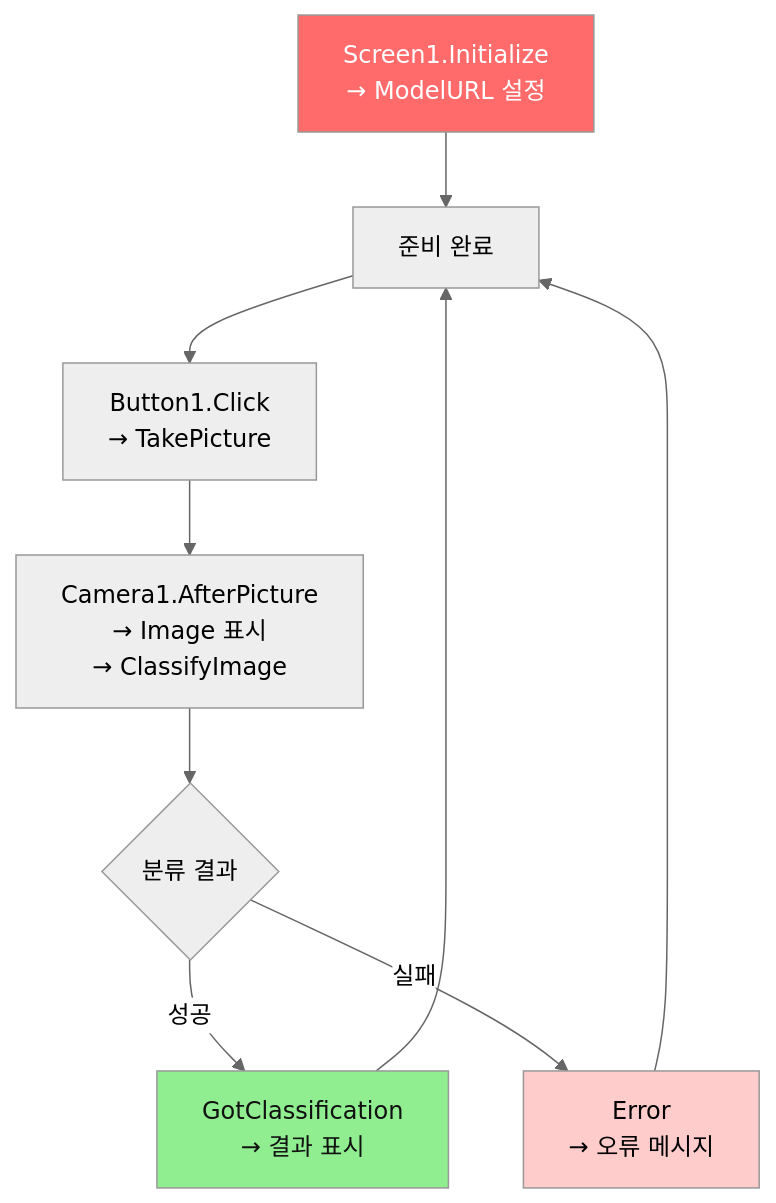
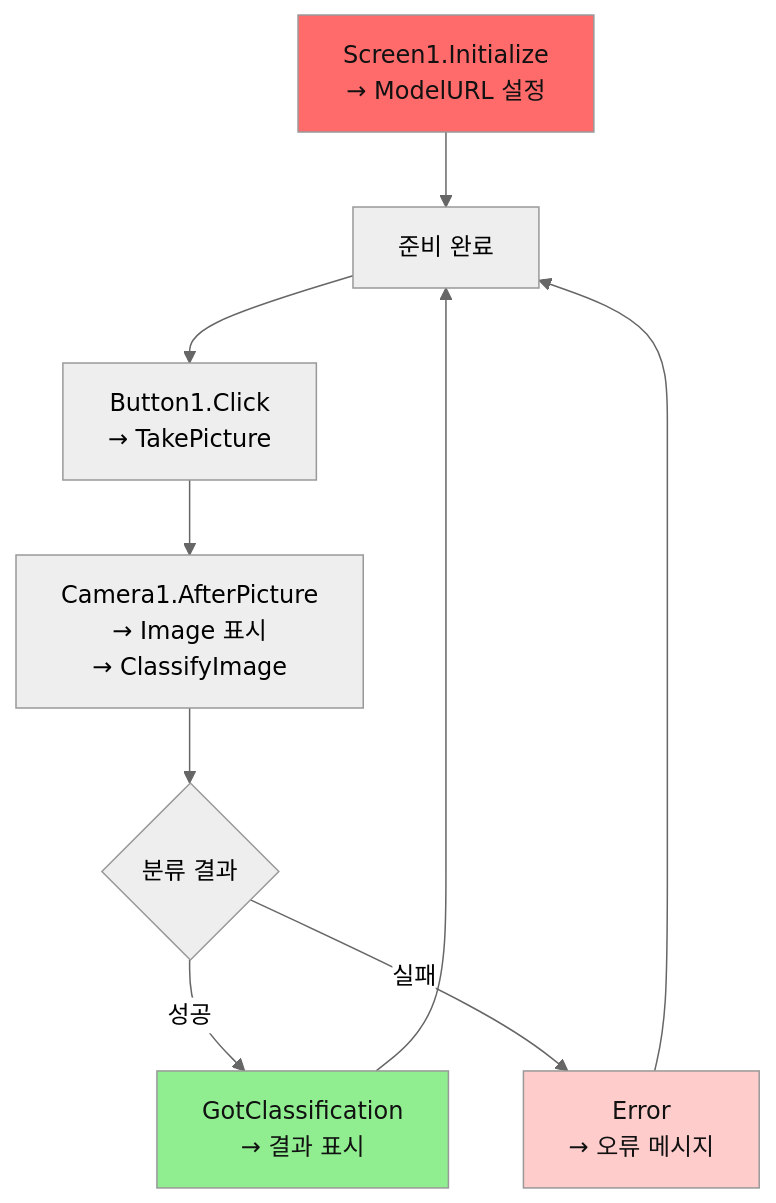
Before and after one commit to Collegenie-X/Smart_Factory_Arms_Project: diagram 12 of 16 in docs/07_앱인벤터_Teachable_Machine_연동가이드.md, drawn with Mermaid (neutral theme). The commit also changed other lines of this file and 2 other files, not shown here.

````diff
--- a/docs/07_앱인벤터_Teachable_Machine_연동가이드.md
+++ b/docs/07_앱인벤터_Teachable_Machine_연동가이드.md
@@ -665,20 +665,20 @@
 ```mermaid
 graph TD
     INIT[Screen1.Initialize<br/>→ ModelURL 설정] --> READY[준비 완료]
     
     READY --> BTN[Button1.Click<br/>→ TakePicture]
     
     BTN --> AFTER[Camera1.AfterPicture<br/>→ Image 표시<br/>→ ClassifyImage]
     
     AFTER --> RESULT{분류 결과}
     
     RESULT -->|성공| SHOW[GotClassification<br/>→ 결과 표시]
     RESULT -->|실패| ERROR[Error<br/>→ 오류 메시지]
     
     SHOW --> READY
     ERROR --> READY
     
-    style INIT fill:#FF6B6B,color:#fff
-    style SHOW fill:#90EE90,color:#111
-    style ERROR fill:#ffcccc
+    style INIT fill:#FF6B6B,color:#fff,color:#111
+    style SHOW fill:#90EE90,color:#111,color:#111
+    style ERROR fill:#ffcccc,color:#111
 ```
````
